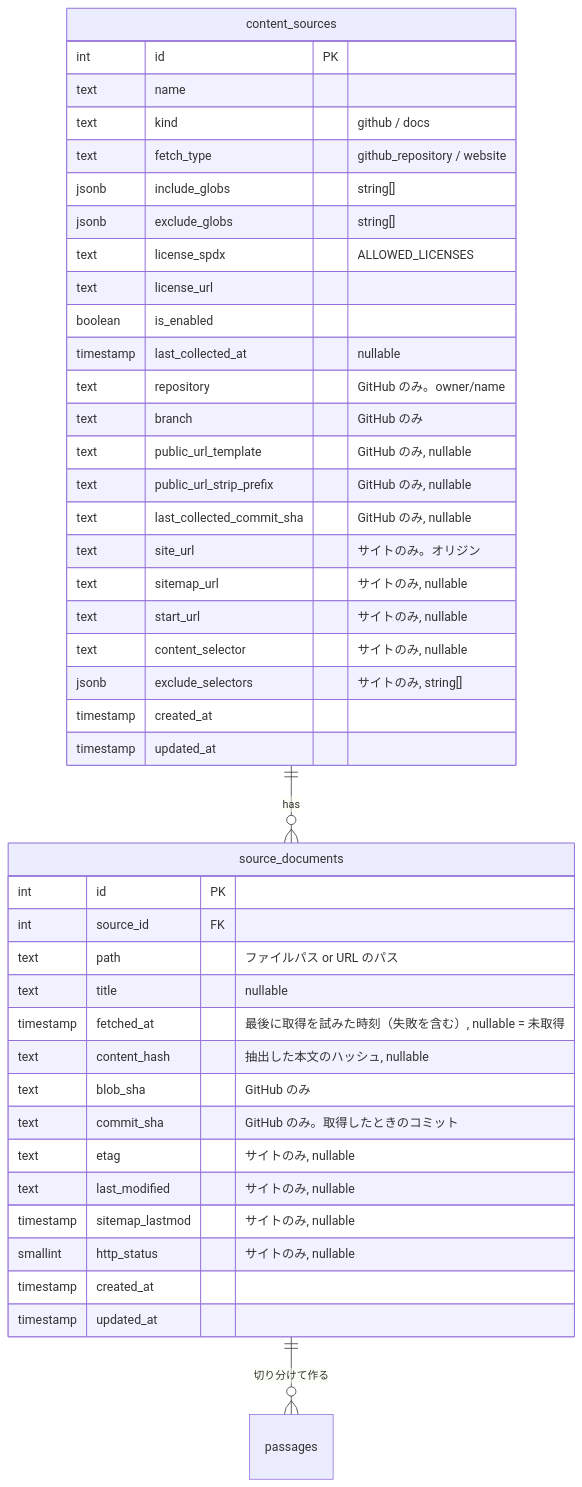
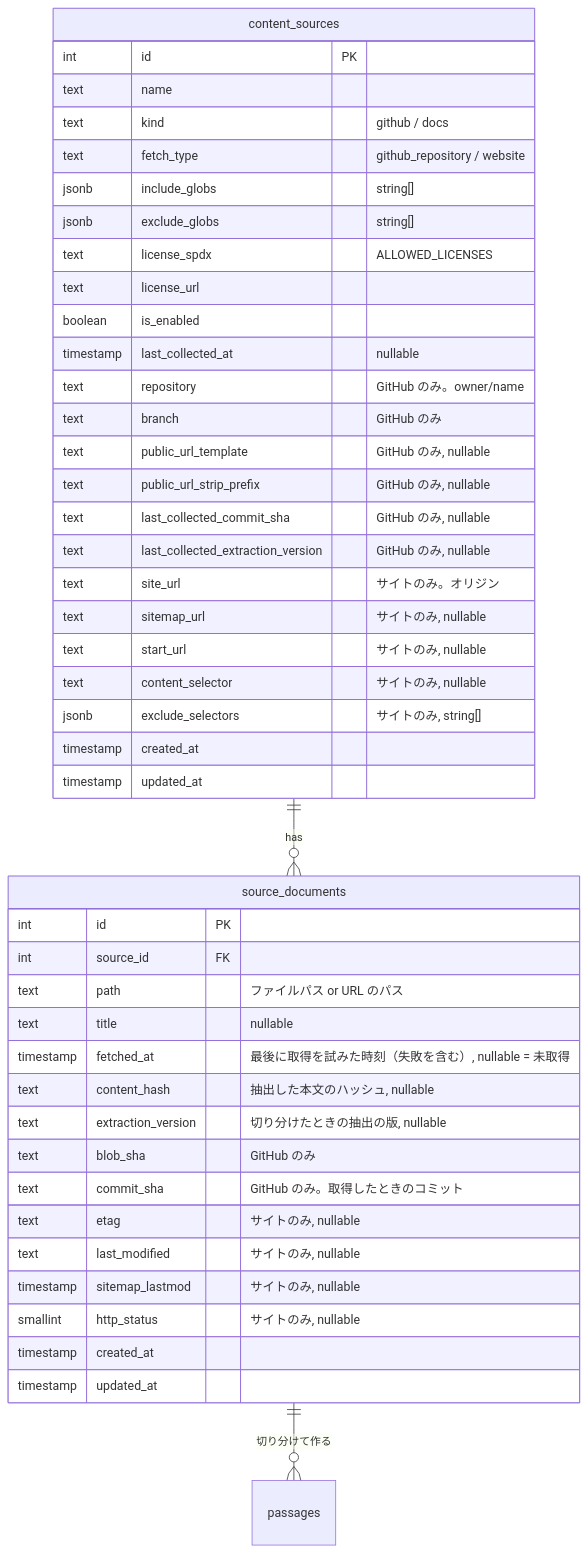
The third of 4 diagrams in docs/spec/content-collection/README.md (kentakki416/tech-english), drawn with Mermaid before and after one commit. The commit also changed other lines of this file and 15 other files, not shown here.

Commit message:
feat(db): 文書を切り分けたときの抽出の版と、GitHub のソースで commit SHA を記録したときの抽出の版の列を足す

````diff
--- a/docs/spec/content-collection/README.md
+++ b/docs/spec/content-collection/README.md
@@ -521,45 +521,47 @@
 ```mermaid
 erDiagram
     content_sources ||--o{ source_documents : has
     source_documents ||--o{ passages : "切り分けて作る"
     content_sources {
         int id PK
         text name
         text kind "github / docs"
         text fetch_type "github_repository / website"
         jsonb include_globs "string[]"
         jsonb exclude_globs "string[]"
         text license_spdx "ALLOWED_LICENSES"
         text license_url
         boolean is_enabled
         timestamp last_collected_at "nullable"
         text repository "GitHub のみ。owner/name"
         text branch "GitHub のみ"
         text public_url_template "GitHub のみ, nullable"
         text public_url_strip_prefix "GitHub のみ, nullable"
         text last_collected_commit_sha "GitHub のみ, nullable"
+        text last_collected_extraction_version "GitHub のみ, nullable"
         text site_url "サイトのみ。オリジン"
         text sitemap_url "サイトのみ, nullable"
         text start_url "サイトのみ, nullable"
         text content_selector "サイトのみ, nullable"
         jsonb exclude_selectors "サイトのみ, string[]"
         timestamp created_at
         timestamp updated_at
     }
     source_documents {
         int id PK
         int source_id FK
         text path "ファイルパス or URL のパス"
         text title "nullable"
         timestamp fetched_at "最後に取得を試みた時刻（失敗を含む）, nullable = 未取得"
         text content_hash "抽出した本文のハッシュ, nullable"
+        text extraction_version "切り分けたときの抽出の版, nullable"
         text blob_sha "GitHub のみ"
         text commit_sha "GitHub のみ。取得したときのコミット"
         text etag "サイトのみ, nullable"
         text last_modified "サイトのみ, nullable"
         timestamp sitemap_lastmod "サイトのみ, nullable"
         smallint http_status "サイトのみ, nullable"
         timestamp created_at
         timestamp updated_at
     }
 ```
````
